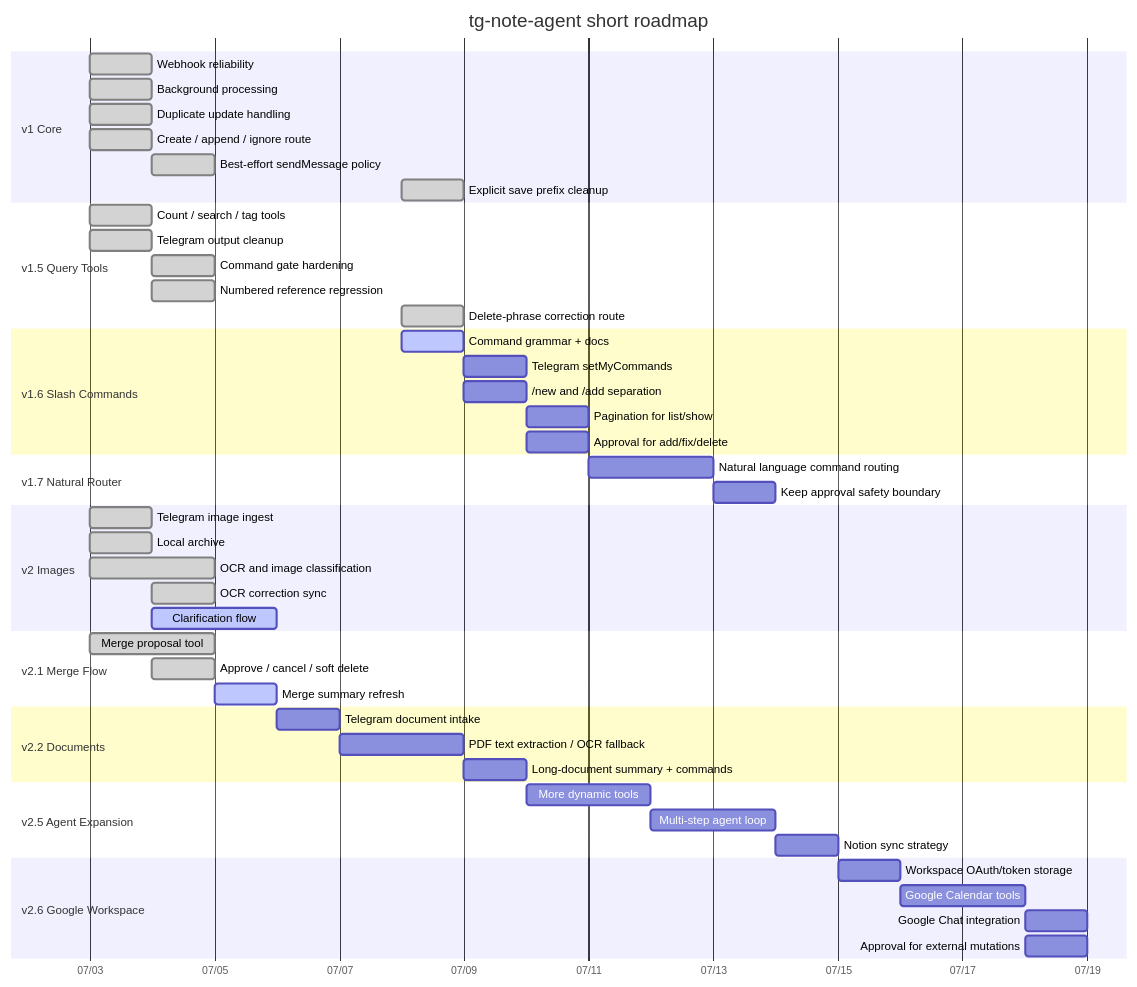
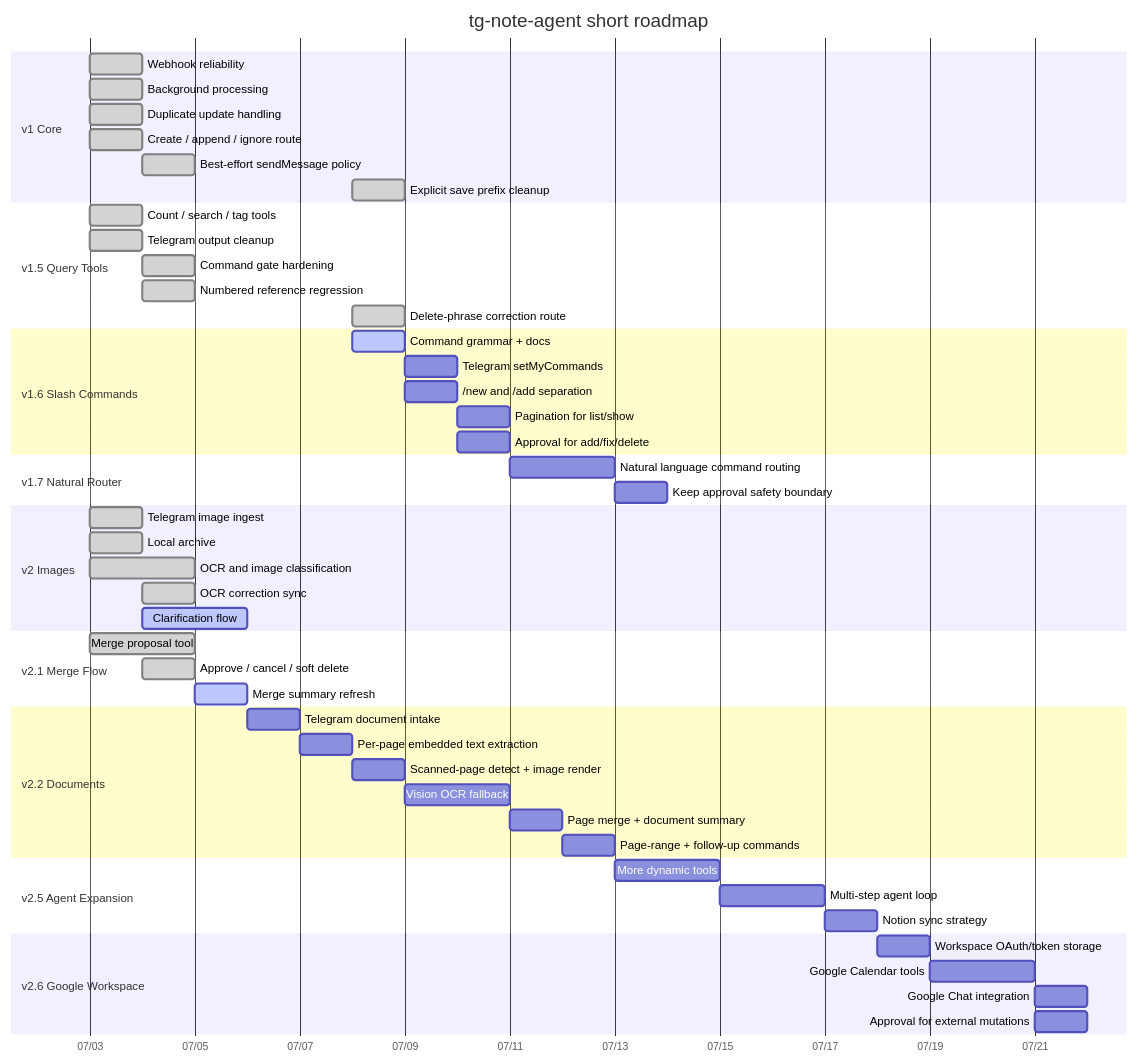
The diagram in docs/ROADMAP.md (Transient-Onlooker/tg-note-agent), drawn with Mermaid before and after one commit. The commit also changed other lines of this file and 2 other files, not shown here.

Commit message:
Document per-page PDF OCR fallback

````diff
--- a/docs/ROADMAP.md
+++ b/docs/ROADMAP.md
@@ -51,60 +51,63 @@
 ```mermaid
 gantt
     title tg-note-agent short roadmap
     dateFormat  YYYY-MM-DD
     axisFormat  %m/%d
 
     section v1 Core
     Webhook reliability             :done, v1a, 2026-07-03, 1d
     Background processing           :done, v1b, 2026-07-03, 1d
     Duplicate update handling       :done, v1c, 2026-07-03, 1d
     Create / append / ignore route  :done, v1d, 2026-07-03, 1d
     Best-effort sendMessage policy  :done, v1e, 2026-07-04, 1d
     Explicit save prefix cleanup    :done, v1f, 2026-07-08, 1d
 
     section v1.5 Query Tools
     Count / search / tag tools      :done, v15a, 2026-07-03, 1d
     Telegram output cleanup         :done, v15b, 2026-07-03, 1d
     Command gate hardening          :done, v15c, 2026-07-04, 1d
     Numbered reference regression   :done, v15d, 2026-07-04, 1d
     Delete-phrase correction route  :done, v15e, 2026-07-08, 1d
 
     section v1.6 Slash Commands
     Command grammar + docs          :active, v16a, 2026-07-08, 1d
     Telegram setMyCommands          :v16b, after v16a, 1d
     /new and /add separation        :v16c, after v16a, 1d
     Pagination for list/show        :v16d, after v16b, 1d
     Approval for add/fix/delete     :v16e, after v16c, 1d
 
     section v1.7 Natural Router
     Natural language command routing:v17a, after v16e, 2d
     Keep approval safety boundary   :v17b, after v17a, 1d
 
     section v2 Images
     Telegram image ingest           :done, v2a, 2026-07-03, 1d
     Local archive                   :done, v2b, 2026-07-03, 1d
     OCR and image classification    :done, v2c, 2026-07-03, 2d
     OCR correction sync             :done, v2d, 2026-07-04, 1d
     Clarification flow              :active, v2e, 2026-07-04, 2d
 
     section v2.1 Merge Flow
     Merge proposal tool             :done, v21a, 2026-07-03, 2d
     Approve / cancel / soft delete  :done, v21b, 2026-07-04, 1d
     Merge summary refresh           :active, v21c, 2026-07-05, 1d
 
     section v2.2 Documents
     Telegram document intake         :v22a, after v21c, 1d
-    PDF text extraction / OCR fallback:v22b, after v22a, 2d
-    Long-document summary + commands :v22c, after v22b, 1d
+    Per-page embedded text extraction:v22b, after v22a, 1d
+    Scanned-page detect + image render:v22c, after v22b, 1d
+    Vision OCR fallback              :v22d, after v22c, 2d
+    Page merge + document summary    :v22e, after v22d, 1d
+    Page-range + follow-up commands  :v22f, after v22e, 1d
 
     section v2.5 Agent Expansion
-    More dynamic tools              :v25a, after v22c, 2d
+    More dynamic tools              :v25a, after v22f, 2d
     Multi-step agent loop           :v25b, after v25a, 2d
     Notion sync strategy            :v25c, after v25b, 1d
 
     section v2.6 Google Workspace
     Workspace OAuth/token storage   :v26a, after v25c, 1d
     Google Calendar tools           :v26b, after v26a, 2d
     Google Chat integration         :v26c, after v26b, 1d
     Approval for external mutations :v26d, after v26b, 1d
 ```
````
